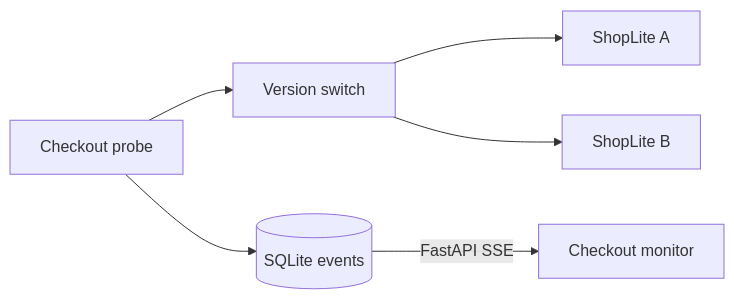
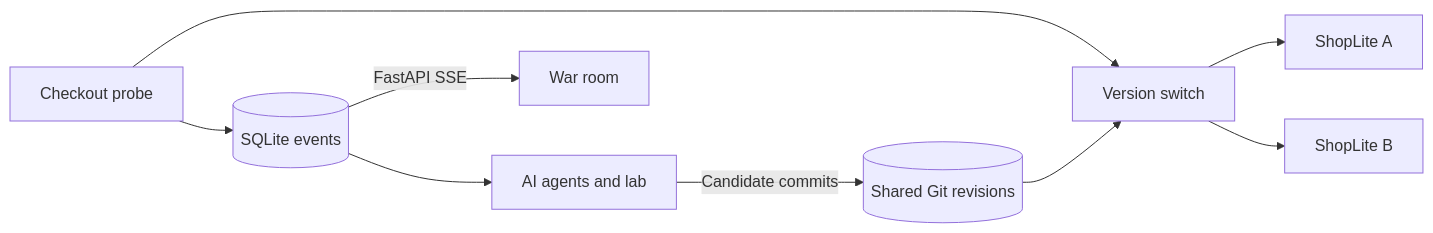
Before and after one commit to arshtomar583/ALTF4: the diagram in README.md, drawn with Mermaid. The commit also changed other lines of this file and 1 other file, not shown here.

````diff
--- a/README.md
+++ b/README.md
@@ -59,8 +141,11 @@
 ```mermaid
 flowchart LR
     Brain[Checkout probe] --> Switch[Version switch]
     Switch --> A[ShopLite A]
     Switch --> B[ShopLite B]
     Brain --> Store[(SQLite events)]
-    Store -->|FastAPI SSE| Dashboard[Checkout monitor]
+    Store -->|FastAPI SSE| Dashboard[War room]
+    Store --> Agents[AI agents and lab]
+    Agents -->|Candidate commits| Repo[(Shared Git revisions)]
+    Repo --> Switch
 ```
````
